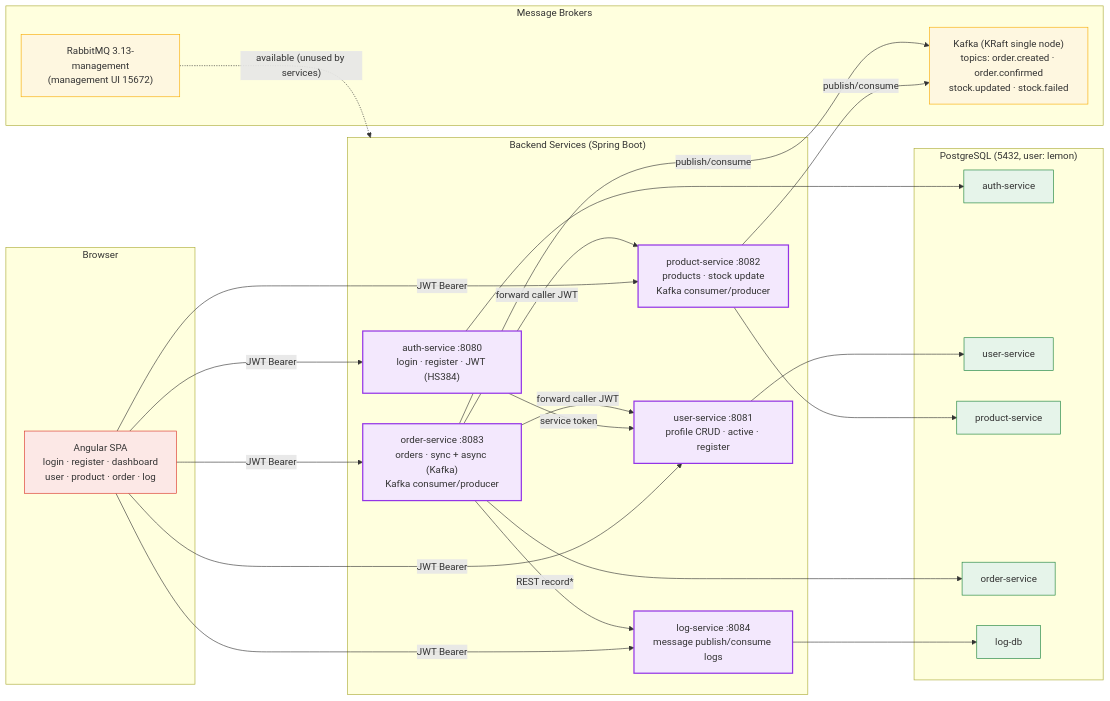
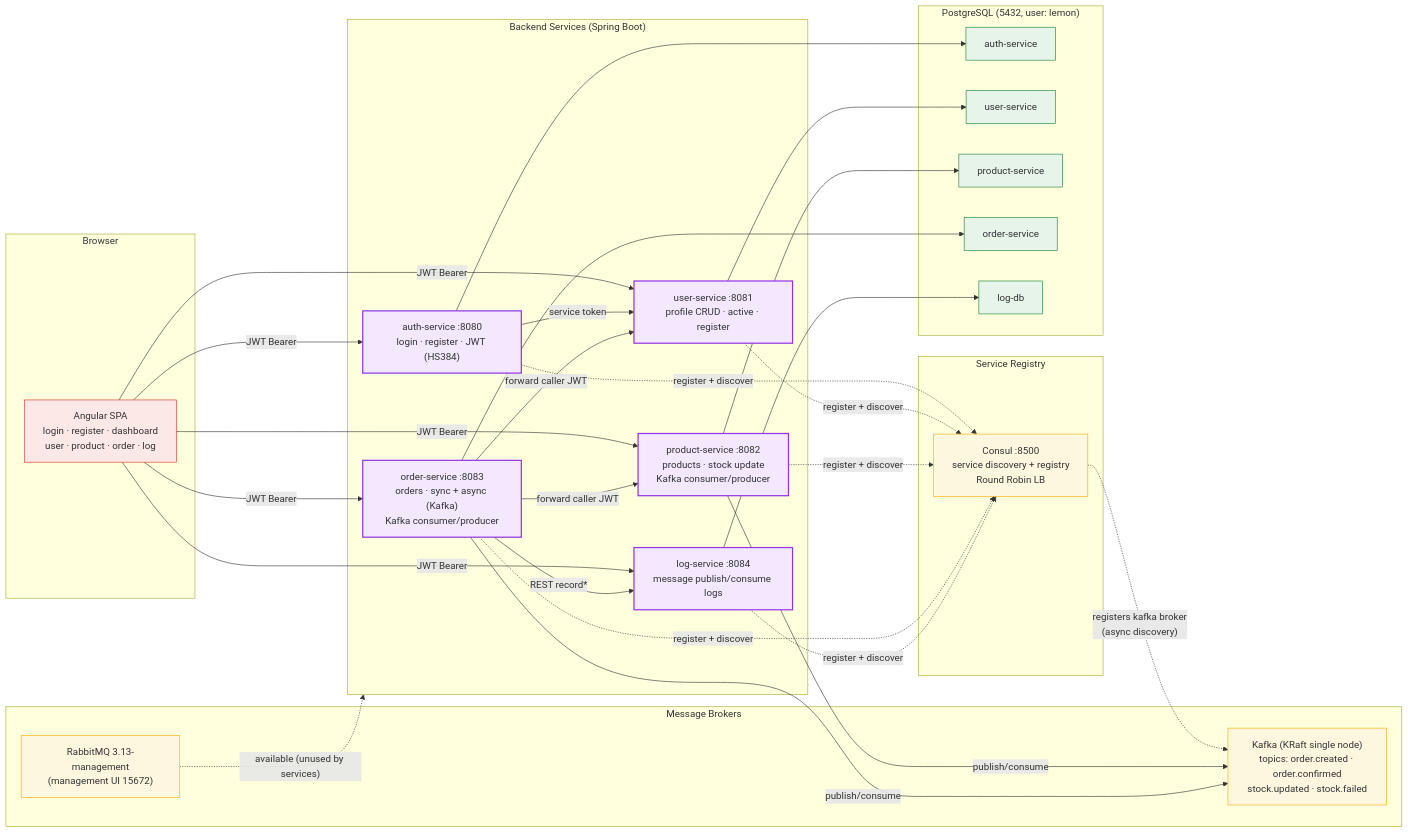
One commit to Habibul-Bashar-Mehedi/microservice-test changed the first of 5 diagrams in architecture-flow.md. Above: the diagram before and after it, drawn with Mermaid. The commit also changed other lines of this file and 26 other files, not shown here.

Commit message:
add service registry consul

````diff
--- a/architecture-flow.md
+++ b/architecture-flow.md
@@ -11,59 +15,70 @@
 ```mermaid
 flowchart LR
     classDef svc fill:#f3e8fd,stroke:#9334e6,stroke-width:2px;
     classDef inf fill:#fef7e0,stroke:#f9ab00,stroke-width:1px;
     classDef db fill:#e6f4ea,stroke:#188038,stroke-width:1px;
     classDef ext fill:#fce8e6,stroke:#d93025,stroke-width:1px;
 
     subgraph FE["Browser"]
         FE1["Angular SPA<br/>login · register · dashboard<br/>user · product · order · log"]:::ext
     end
 
     subgraph PLATFORM["Message Brokers"]
         KAFKA["Kafka (KRaft single node)<br/>topics: order.created · order.confirmed<br/>stock.updated · stock.failed"]:::inf
         RMQ["RabbitMQ 3.13-management<br/>(management UI 15672)"]:::inf
+    end
+
+    subgraph REG["Service Registry"]
+        CONSUL["Consul :8500<br/>service discovery + registry<br/>Round Robin LB"]:::inf
     end
 
     subgraph PG["PostgreSQL (5432, user: lemon)"]
         DB_A["auth-service"]:::db
         DB_U["user-service"]:::db
         DB_P["product-service"]:::db
         DB_O["order-service"]:::db
         DB_L["log-db"]:::db
     end
 
     subgraph SERVICES["Backend Services (Spring Boot)"]
         AS["auth-service :8080<br/>login · register · JWT (HS384)"]:::svc
         US["user-service :8081<br/>profile CRUD · active · register"]:::svc
         PS["product-service :8082<br/>products · stock update<br/>Kafka consumer/producer"]:::svc
         OS["order-service :8083<br/>orders · sync + async (Kafka)<br/>Kafka consumer/producer"]:::svc
         LS["log-service :8084<br/>message publish/consume logs"]:::svc
     end
 
     FE1 -->|"JWT Bearer"| AS
     FE1 -->|"JWT Bearer"| US
     FE1 -->|"JWT Bearer"| PS
     FE1 -->|"JWT Bearer"| OS
     FE1 -->|"JWT Bearer"| LS
 
     AS -->|"service token"| US
     OS -->|"forward caller JWT"| US
     OS -->|"forward caller JWT"| PS
     OS -->|"REST record*"| LS
 
     AS --> DB_A
     US --> DB_U
     PS --> DB_P
     OS --> DB_O
     LS --> DB_L
 
+    AS -.->|"register + discover"| CONSUL
+    US -.->|"register + discover"| CONSUL
+    PS -.->|"register + discover"| CONSUL
+    OS -.->|"register + discover"| CONSUL
+    LS -.->|"register + discover"| CONSUL
+    CONSUL -.->|"registers kafka broker<br/>(async discovery)"| KAFKA
+
     PS -->|"publish/consume"| KAFKA
     OS -->|"publish/consume"| KAFKA
 
     RMQ -.->|"available (unused by services)"| SERVICES
 
     class AS,US,PS,OS,LS svc;
-    class KAFKA,RMQ inf;
+    class KAFKA,RMQ,CONSUL inf;
     class DB_A,DB_U,DB_P,DB_O,DB_L db;
     class FE1 ext;
 ```
````
